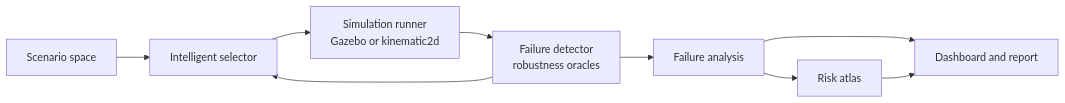
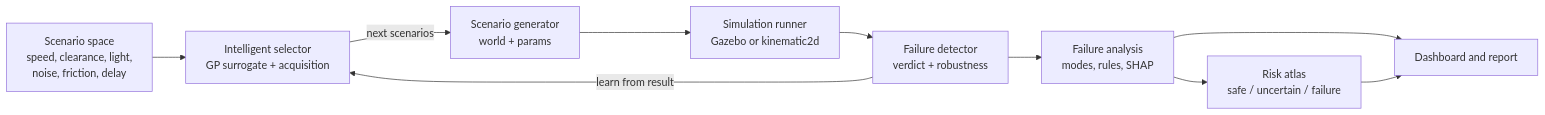
The first of 2 diagrams in README.md (CodewithJha/RoboProbe), drawn with Mermaid before and after one commit. The commit also changed other lines of this file and 19 other files, not shown here.

````diff
--- a/README.md
+++ b/README.md
@@ -27,11 +75,12 @@
 ```mermaid
 flowchart LR
-    S["Scenario space"] --> SEL["Intelligent selector"]
-    SEL --> RUN["Simulation runner<br/>Gazebo or kinematic2d"]
-    RUN --> DET["Failure detector<br/>robustness oracles"]
-    DET --> SEL
-    DET --> ANA["Failure analysis"]
-    ANA --> RISK["Risk atlas"]
-    ANA --> DASH["Dashboard and report"]
-    RISK --> DASH
+    SP["Scenario space<br/>speed, clearance, light,<br/>noise, friction, delay"] --> SEL["Intelligent selector<br/>GP surrogate + acquisition"]
+    SEL -->|"next scenarios"| GEN["Scenario generator<br/>world + params"]
+    GEN --> SIM["Simulation runner<br/>Gazebo or kinematic2d"]
+    SIM --> DET["Failure detector<br/>verdict + robustness"]
+    DET -->|"learn from result"| SEL
+    DET --> ANA["Failure analysis<br/>modes, rules, SHAP"]
+    ANA --> RISK["Risk atlas<br/>safe / uncertain / failure"]
+    ANA --> UI["Dashboard and report"]
+    RISK --> UI
 ```
````
